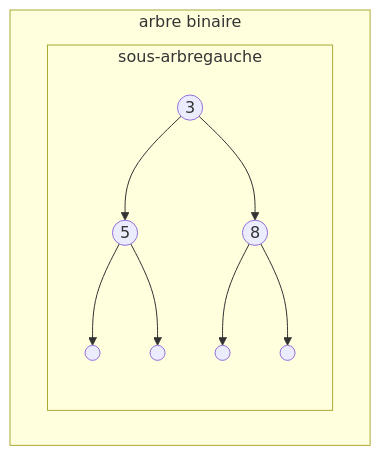
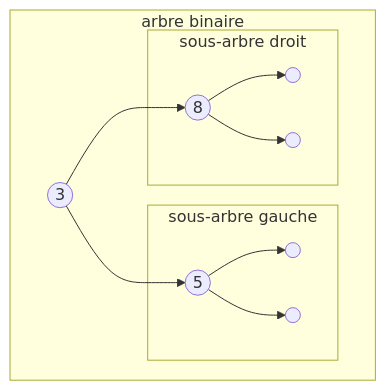
One commit to boddaert/nsi changed the first of 6 diagrams in terminale/Structures_arborescentes_de_données/Arbres_binaires.md. Above: the diagram before and after it, drawn with Mermaid.

````diff
--- a/terminale/Structures_arborescentes_de_données/Arbres_binaires.md
+++ b/terminale/Structures_arborescentes_de_données/Arbres_binaires.md
@@ -47,20 +47,22 @@
 ```mermaid
 flowchart TB
     subgraph arbre binaire
         A((3))
-        subgraph sous-arbregauche
+        subgraph sous-arbre gauche
         B((5))
-        C((8))
         D((" "))
         E((" "))
+        B --> D
+        B --> E
+        end
+        subgraph sous-arbre droit
+        C((8))
         F((" "))
         G((" "))
-        A --> B
-        B --> D
-        B --> E
-        A --> C
         C --> F
         C --> G
         end
+        A --> B
+        A --> C
     end
 ```
````
